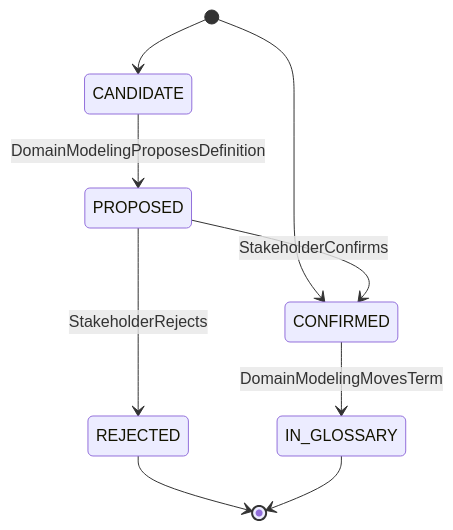
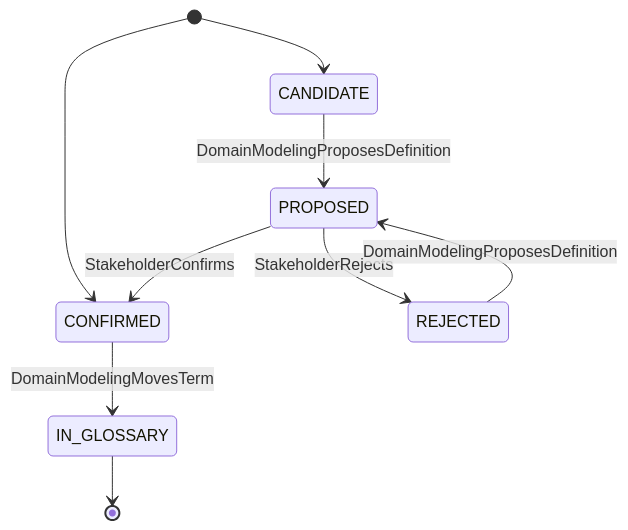
One commit to matthiasdaues/agent_factory changed diagram 12 of 12 in docs/spec/state-machines.md. Above: the diagram before and after it, drawn with Mermaid. The commit also changed other lines of this file and 15 other files, not shown here.

````diff
--- a/docs/spec/state-machines.md
+++ b/docs/spec/state-machines.md
@@ -684,11 +690,11 @@
 ```mermaid
 stateDiagram-v2
     [*] --> CANDIDATE
     [*] --> CONFIRMED
     CANDIDATE --> PROPOSED : DomainModelingProposesDefinition
     PROPOSED --> CONFIRMED : StakeholderConfirms
     PROPOSED --> REJECTED : StakeholderRejects
+    REJECTED --> PROPOSED : DomainModelingProposesDefinition
     CONFIRMED --> IN_GLOSSARY : DomainModelingMovesTerm
-    REJECTED --> [*]
     IN_GLOSSARY --> [*]
 ```
````
